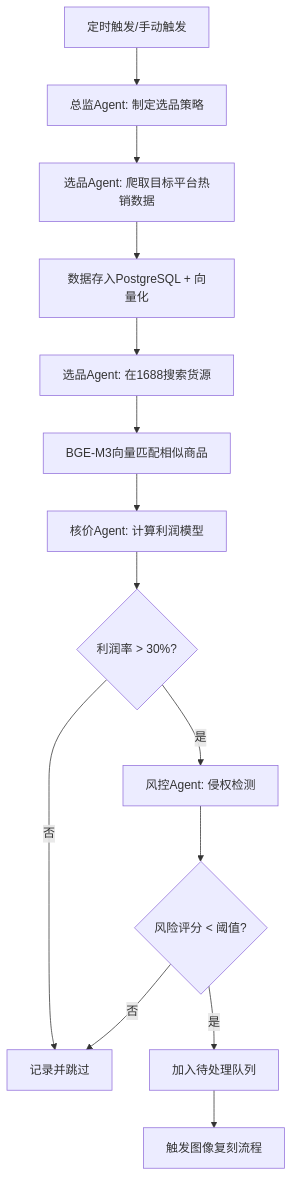
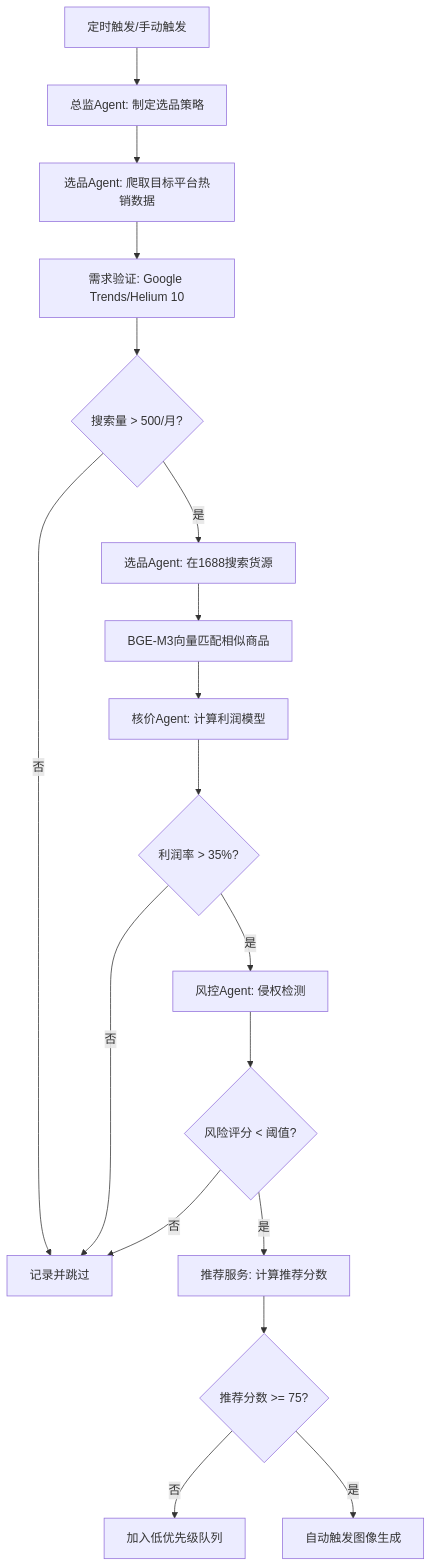
Before and after one commit to twosson/deyes: the first of 10 diagrams in docs/workflows/core-business-flows.md, drawn with Mermaid. The commit also changed other lines of this file and 64 other files, not shown here.

````diff
--- a/docs/workflows/core-business-flows.md
+++ b/docs/workflows/core-business-flows.md
@@ -7,16 +36,20 @@
 ```mermaid
 graph TD
     A[定时触发/手动触发] --> B[总监Agent: 制定选品策略]
     B --> C[选品Agent: 爬取目标平台热销数据]
-    C --> D[数据存入PostgreSQL + 向量化]
-    D --> E[选品Agent: 在1688搜索货源]
-    E --> F[BGE-M3向量匹配相似商品]
-    F --> G[核价Agent: 计算利润模型]
-    G --> H{利润率 > 30%?}
-    H -->|否| I[记录并跳过]
-    H -->|是| J[风控Agent: 侵权检测]
-    J --> K{风险评分 < 阈值?}
-    K -->|否| I
-    K -->|是| L[加入待处理队列]
-    L --> M[触发图像复刻流程]
+    C --> D[需求验证: Google Trends/Helium 10]
+    D --> E{搜索量 > 500/月?}
+    E -->|否| F[记录并跳过]
+    E -->|是| G[选品Agent: 在1688搜索货源]
+    G --> H[BGE-M3向量匹配相似商品]
+    H --> I[核价Agent: 计算利润模型]
+    I --> J{利润率 > 35%?}
+    J -->|否| F
+    J -->|是| K[风控Agent: 侵权检测]
+    K --> L{风险评分 < 阈值?}
+    L -->|否| F
+    L -->|是| M[推荐服务: 计算推荐分数]
+    M --> N{推荐分数 >= 75?}
+    N -->|否| O[加入低优先级队列]
+    N -->|是| P[自动触发图像生成]
 ```
````
